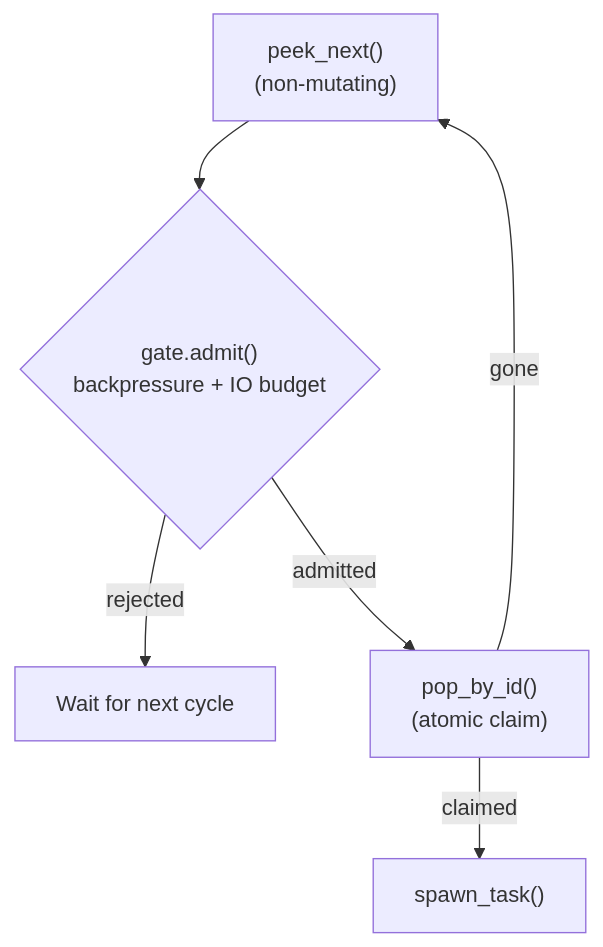
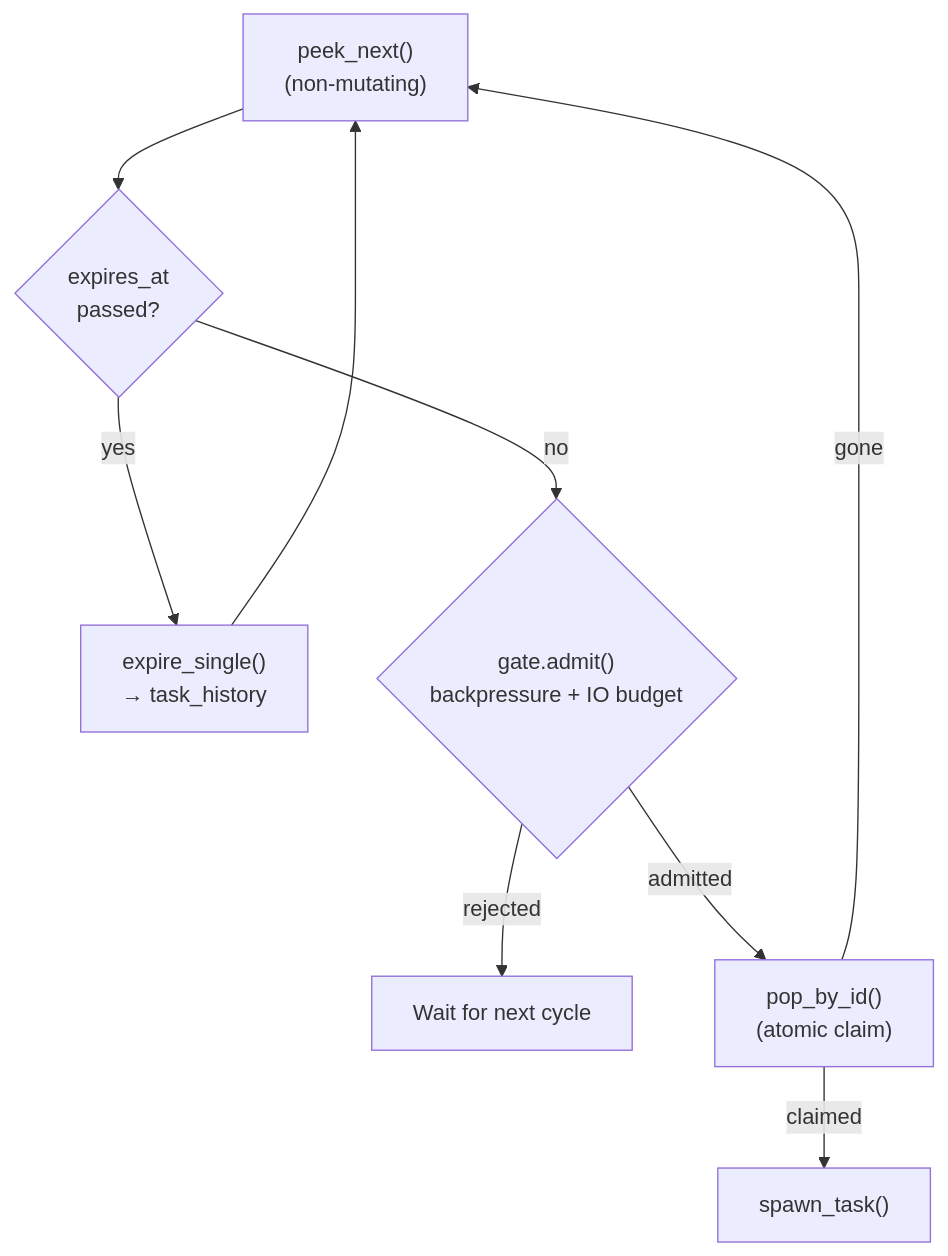
One commit to deepjoy/taskmill changed the second of 2 diagrams in docs/design.md. Above: the diagram before and after it, drawn with Mermaid. The commit also changed other lines of this file and 25 other files, not shown here.

First line of the commit message:
feat: task TTL with automatic expiry, sweep, and child inheritance (#33)

````diff
--- a/docs/design.md
+++ b/docs/design.md
@@ -84,8 +86,11 @@
 ```mermaid
 flowchart TD
-    PEEK["peek_next()\n(non-mutating)"] --> GATE{"gate.admit()\nbackpressure + IO budget"}
+    PEEK["peek_next()\n(non-mutating)"] --> TTL{"expires_at\npassed?"}
+    TTL -- yes --> EXPIRE["expire_single()\n→ task_history"]
+    EXPIRE --> PEEK
+    TTL -- no --> GATE{"gate.admit()\nbackpressure + IO budget"}
     GATE -- rejected --> WAIT["Wait for next cycle"]
     GATE -- admitted --> POP["pop_by_id()\n(atomic claim)"]
     POP -- claimed --> SPAWN["spawn_task()"]
     POP -- gone --> PEEK
 ```
````
